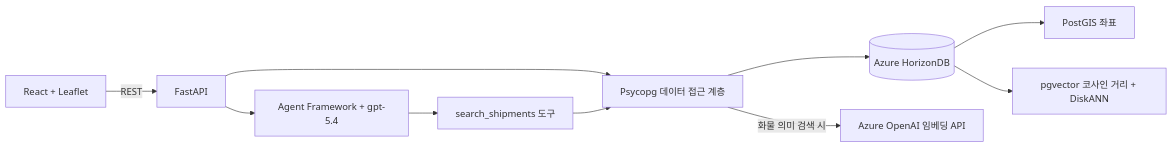
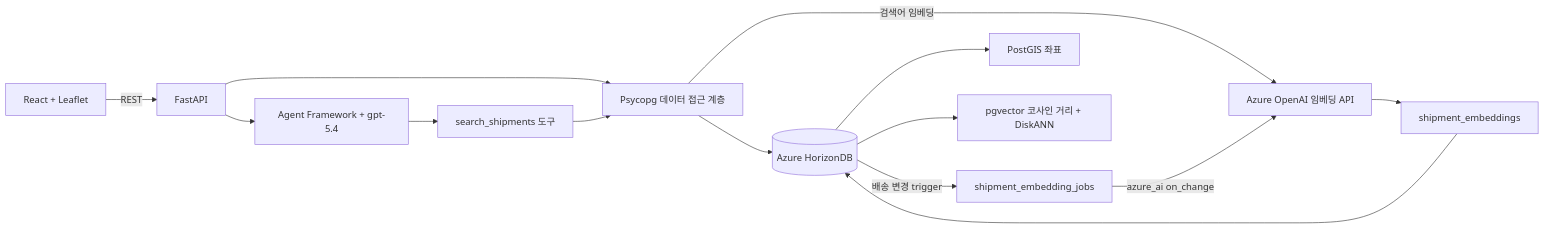
The first of 2 diagrams in README.md (kyungtaak/fleet-intelligence-on-horizondb), drawn with Mermaid before and after one commit. The commit also changed other lines of this file and 11 other files, not shown here.

````diff
--- a/README.md
+++ b/README.md
@@ -28,12 +29,16 @@
 ```mermaid
 flowchart LR
     Browser[React + Leaflet] -->|REST| API[FastAPI]
     API --> Agent[Agent Framework + gpt-5.4]
     Agent --> Tool[search_shipments 도구]
     API --> Repo[Psycopg 데이터 접근 계층]
     Tool --> Repo
     Repo --> DB[(Azure HorizonDB)]
-    Repo -->|화물 의미 검색 시| Embeddings[Azure OpenAI 임베딩 API]
+    Repo -->|검색어 임베딩| Embeddings[Azure OpenAI 임베딩 API]
+    DB -->|배송 변경 trigger| Jobs[shipment_embedding_jobs]
+    Jobs -->|azure_ai on_change| Embeddings
+    Embeddings --> Sink[shipment_embeddings]
+    Sink --> DB
     DB --> PostGIS[PostGIS 좌표]
     DB --> Vector[pgvector 코사인 거리 + DiskANN]
 ```
````
